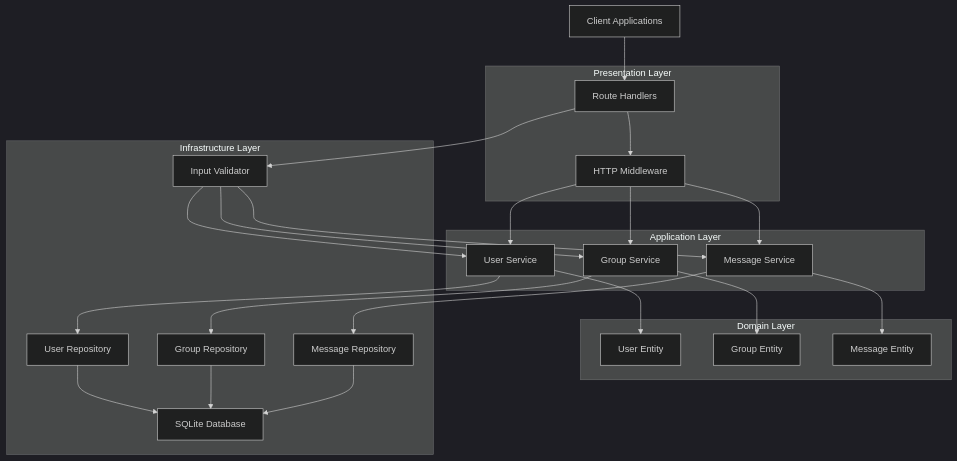
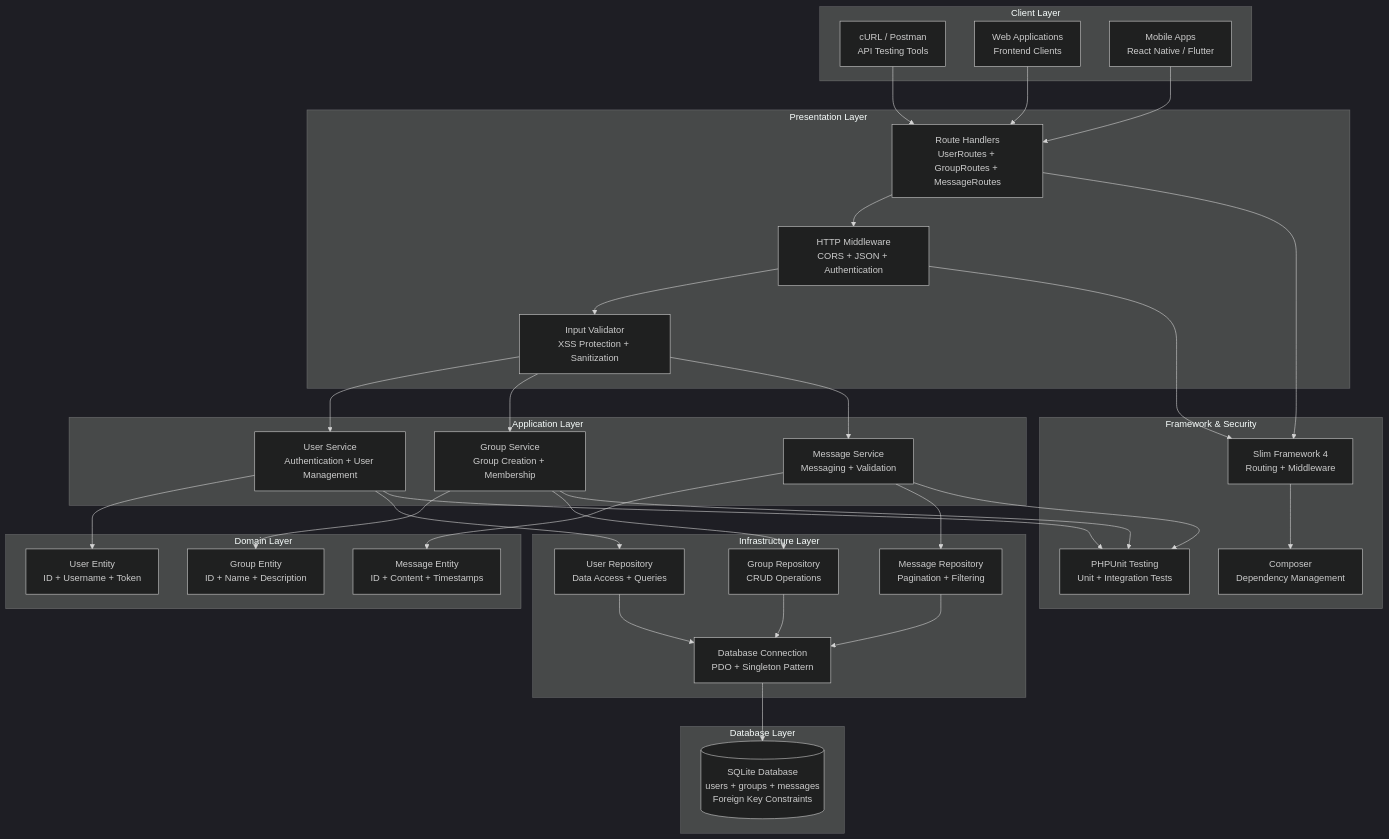
The first of 3 diagrams in README.md (AslanEminovi/Bunq_Backend_Engineer_Coding_Assignment), drawn with Mermaid (dark theme) before and after one commit.

Commit message:
Improve architecture diagram with clean layered design
- Restructured Mermaid diagram with clear subgraphs for each layer
- Added Client Layer showing different client types (cURL, Web, Mobile)
- Enhanced component descriptions with specific responsibilities
- Added Framework & Security layer showing supporting technologies
- Improved visual clarity and professional presentation
- Matches modern architecture diagram standards

````diff
--- a/README.md
+++ b/README.md
@@ -30,52 +30,74 @@
 ```mermaid
 graph TB
-    Client[Client Applications]
+    subgraph "Client Layer"
+        CURL[cURL / Postman<br/>API Testing Tools]
+        WEB[Web Applications<br/>Frontend Clients]
+        MOBILE[Mobile Apps<br/>React Native / Flutter]
+    end
 
     subgraph "Presentation Layer"
-        Routes[Route Handlers]
-        Middleware[HTTP Middleware]
+        ROUTES[Route Handlers<br/>UserRoutes + GroupRoutes + MessageRoutes]
+        MIDDLEWARE[HTTP Middleware<br/>CORS + JSON + Authentication]
+        VALIDATOR[Input Validator<br/>XSS Protection + Sanitization]
     end
 
     subgraph "Application Layer"
-        UserService[User Service]
-        GroupService[Group Service]
-        MessageService[Message Service]
+        USER_SVC[User Service<br/>Authentication + User Management]
+        GROUP_SVC[Group Service<br/>Group Creation + Membership]
+        MSG_SVC[Message Service<br/>Messaging + Validation]
     end
 
     subgraph "Domain Layer"
-        UserEntity[User Entity]
-        GroupEntity[Group Entity]
-        MessageEntity[Message Entity]
+        USER_ENT[User Entity<br/>ID + Username + Token]
+        GROUP_ENT[Group Entity<br/>ID + Name + Description]
+        MSG_ENT[Message Entity<br/>ID + Content + Timestamps]
     end
 
     subgraph "Infrastructure Layer"
-        UserRepo[User Repository]
-        GroupRepo[Group Repository]
-        MessageRepo[Message Repository]
-        Database[SQLite Database]
-        Validator[Input Validator]
+        USER_REPO[User Repository<br/>Data Access + Queries]
+        GROUP_REPO[Group Repository<br/>CRUD Operations]
+        MSG_REPO[Message Repository<br/>Pagination + Filtering]
+        DB_CONN[Database Connection<br/>PDO + Singleton Pattern]
     end
 
-    Client --> Routes
-    Routes --> Middleware
-    Middleware --> UserService
-    Middleware --> GroupService
-    Middleware --> MessageService
+    subgraph "Database Layer"
+        SQLITE[(SQLite Database<br/>users + groups + messages<br/>Foreign Key Constraints)]
+    end
 
-    UserService --> UserEntity
-    GroupService --> GroupEntity
-    MessageService --> MessageEntity
+    subgraph "Framework & Security"
+        SLIM[Slim Framework 4<br/>Routing + Middleware]
+        PHPUNIT[PHPUnit Testing<br/>Unit + Integration Tests]
+        COMPOSER[Composer<br/>Dependency Management]
+    end
 
-    UserService --> UserRepo
-    GroupService --> GroupRepo
-    MessageService --> MessageRepo
+    CURL --> ROUTES
+    WEB --> ROUTES
+    MOBILE --> ROUTES
 
-    UserRepo --> Database
-    GroupRepo --> Database
-    MessageRepo --> Database
+    ROUTES --> MIDDLEWARE
+    MIDDLEWARE --> VALIDATOR
+    VALIDATOR --> USER_SVC
+    VALIDATOR --> GROUP_SVC
+    VALIDATOR --> MSG_SVC
 
-    Routes --> Validator
-    Validator --> UserService
-    Validator --> GroupService
-    Validator --> MessageService
+    USER_SVC --> USER_ENT
+    GROUP_SVC --> GROUP_ENT
+    MSG_SVC --> MSG_ENT
+
+    USER_SVC --> USER_REPO
+    GROUP_SVC --> GROUP_REPO
+    MSG_SVC --> MSG_REPO
+
+    USER_REPO --> DB_CONN
+    GROUP_REPO --> DB_CONN
+    MSG_REPO --> DB_CONN
+
+    DB_CONN --> SQLITE
+
+    ROUTES --> SLIM
+    MIDDLEWARE --> SLIM
+    USER_SVC --> PHPUNIT
+    GROUP_SVC --> PHPUNIT
+    MSG_SVC --> PHPUNIT
+    SLIM --> COMPOSER
 ```
````
